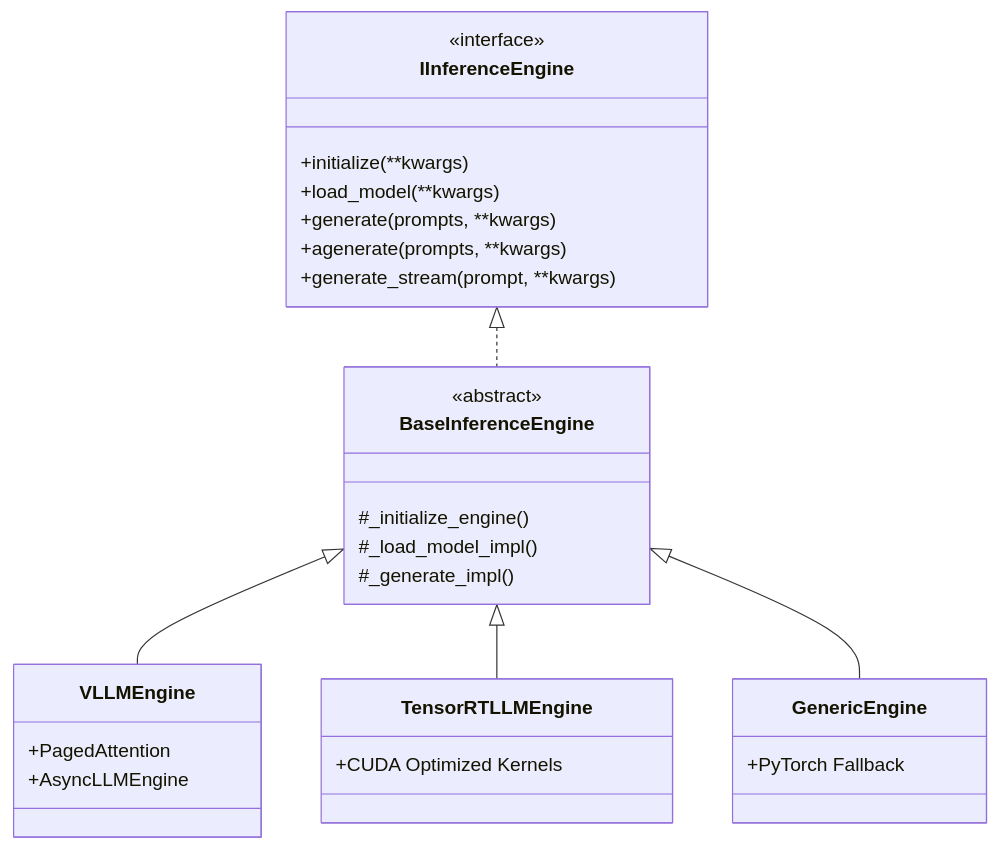
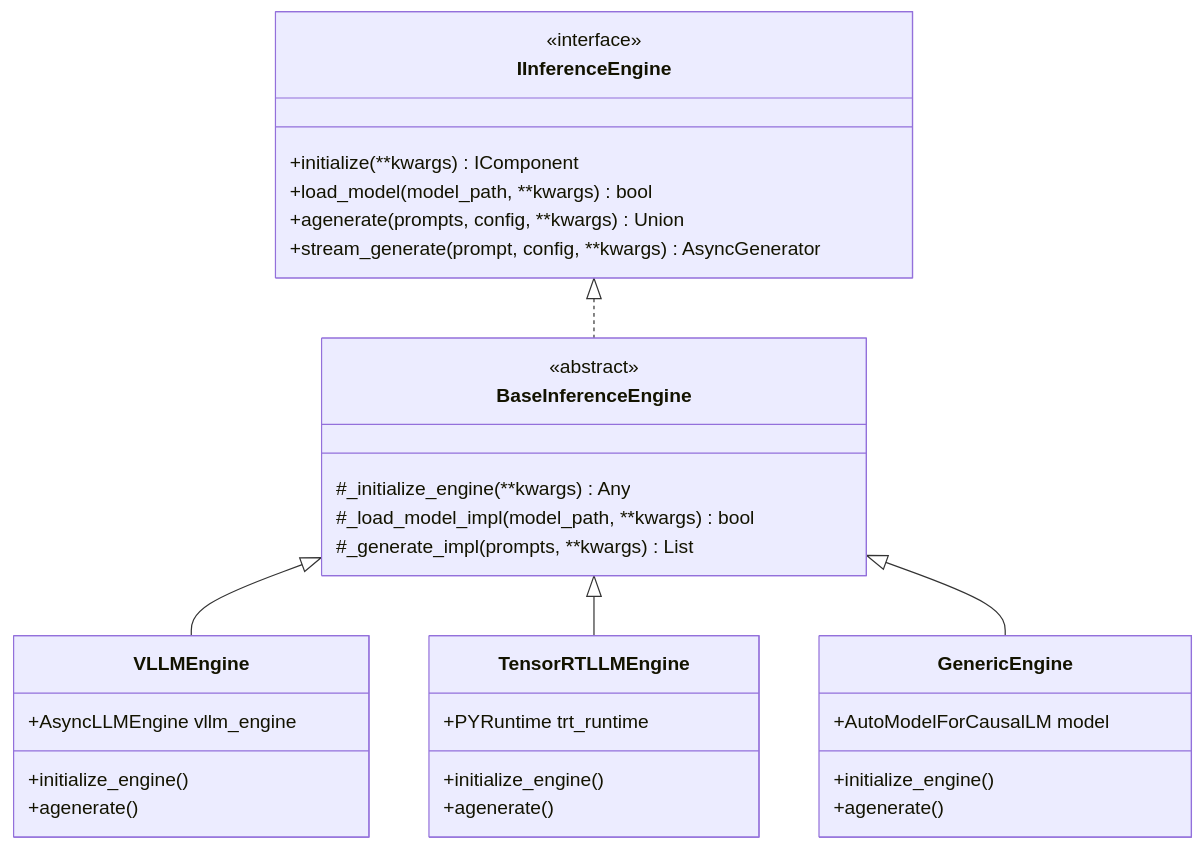
One commit to OpenBlatam/Truthgpt changed the diagram in specs/05_INFERENCE_ENGINES_SPEC.md. Above: the diagram before and after it, drawn with Mermaid. The commit also changed other lines of this file and 1995 other files, not shown here.

````diff
--- a/specs/05_INFERENCE_ENGINES_SPEC.md
+++ b/specs/05_INFERENCE_ENGINES_SPEC.md
@@ -20,36 +22,40 @@
 ```mermaid
 classDiagram
     class IInferenceEngine {
         <<interface>>
-        +initialize(**kwargs)
-        +load_model(**kwargs)
-        +generate(prompts, **kwargs)
-        +agenerate(prompts, **kwargs)
-        +generate_stream(prompt, **kwargs)
+        +initialize(**kwargs) IComponent
+        +load_model(model_path, **kwargs) bool
+        +agenerate(prompts, config, **kwargs) Union
+        +stream_generate(prompt, config, **kwargs) AsyncGenerator
     }
     
     class BaseInferenceEngine {
         <<abstract>>
-        #_initialize_engine()
-        #_load_model_impl()
-        #_generate_impl()
+        #_initialize_engine(**kwargs) Any
+        #_load_model_impl(model_path, **kwargs) bool
+        #_generate_impl(prompts, **kwargs) List
     }
     
     class VLLMEngine {
-        +PagedAttention
-        +AsyncLLMEngine
+        +AsyncLLMEngine vllm_engine
+        +initialize_engine()
+        +agenerate()
     }
     
     class TensorRTLLMEngine {
-        +CUDA Optimized Kernels
+        +PYRuntime trt_runtime
+        +initialize_engine()
+        +agenerate()
     }
 
     class GenericEngine {
-        +PyTorch Fallback
+        +AutoModelForCausalLM model
+        +initialize_engine()
+        +agenerate()
     }
 
     IInferenceEngine <|.. BaseInferenceEngine
     BaseInferenceEngine <|-- VLLMEngine
     BaseInferenceEngine <|-- TensorRTLLMEngine
     BaseInferenceEngine <|-- GenericEngine
 ```
````
